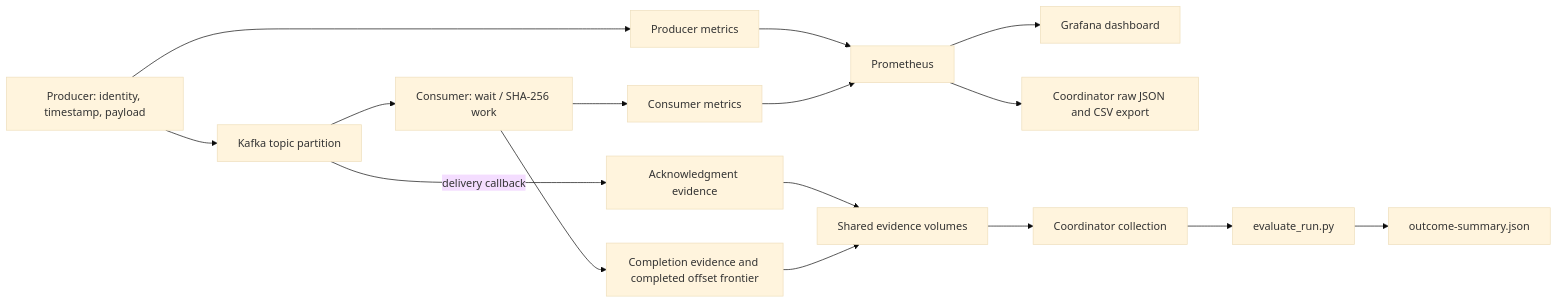
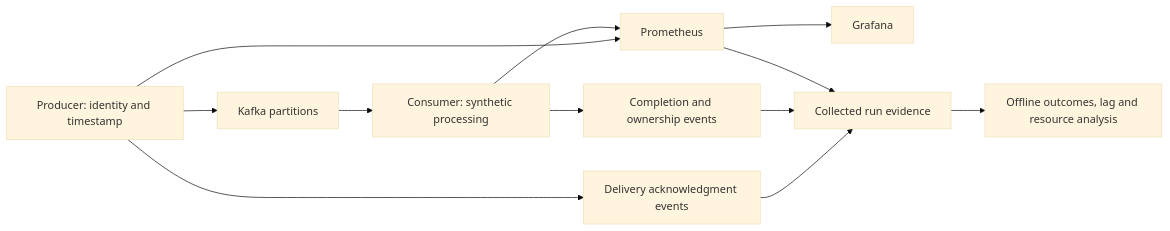
The diagram in docs/runtime-and-data-flow.md (sjafari2/RealTime-Streaming-Pipeline), drawn with Mermaid (base theme) before and after one commit. The commit also changed other lines of this file and 3095 other files, not shown here.

````diff
--- a/docs/runtime-and-data-flow.md
+++ b/docs/runtime-and-data-flow.md
@@ -194,18 +65,14 @@
 ```mermaid
 flowchart LR
-    P[Producer: identity, timestamp, payload] --> K[Kafka topic partition]
-    K --> C[Consumer: wait / SHA-256 work]
-    K -->|delivery callback| ACK[Acknowledgment evidence]
-    C --> DONE[Completion evidence and completed offset frontier]
-    P --> PM[Producer metrics]
-    C --> CM[Consumer metrics]
-    PM --> PROM[Prometheus]
-    CM --> PROM
-    PROM --> G[Grafana dashboard]
-    PROM --> EX[Coordinator raw JSON and CSV export]
-    ACK --> PVC[Shared evidence volumes]
-    DONE --> PVC
-    PVC --> COL[Coordinator collection]
-    COL --> EV[evaluate_run.py]
-    EV --> OUT[outcome-summary.json]
+    P[Producer: identity and timestamp] --> K[Kafka partitions]
+    K --> C[Consumer: synthetic processing]
+    P --> A[Delivery acknowledgment events]
+    C --> E[Completion and ownership events]
+    P --> M[Prometheus]
+    C --> M
+    M --> G[Grafana]
+    A --> R[Collected run evidence]
+    E --> R
+    M --> R
+    R --> O[Offline outcomes, lag and resource analysis]
 ```
````
